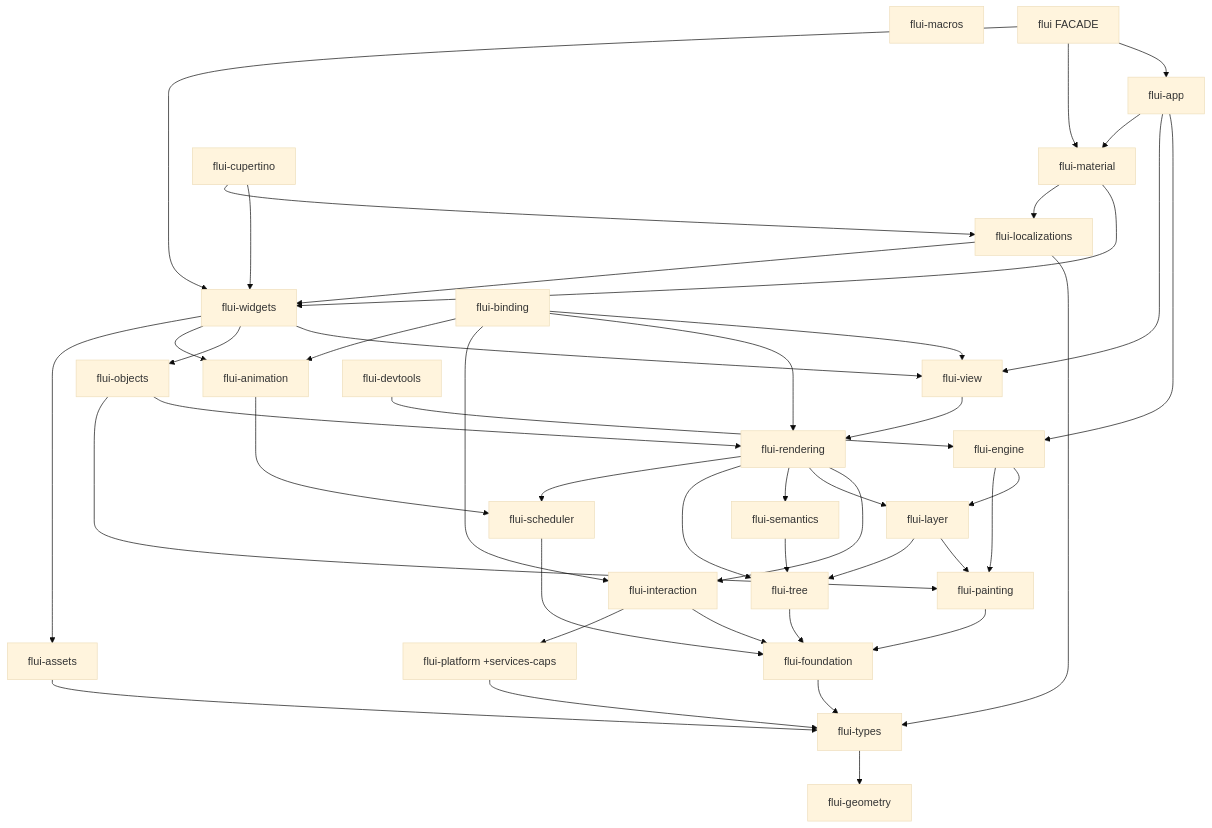
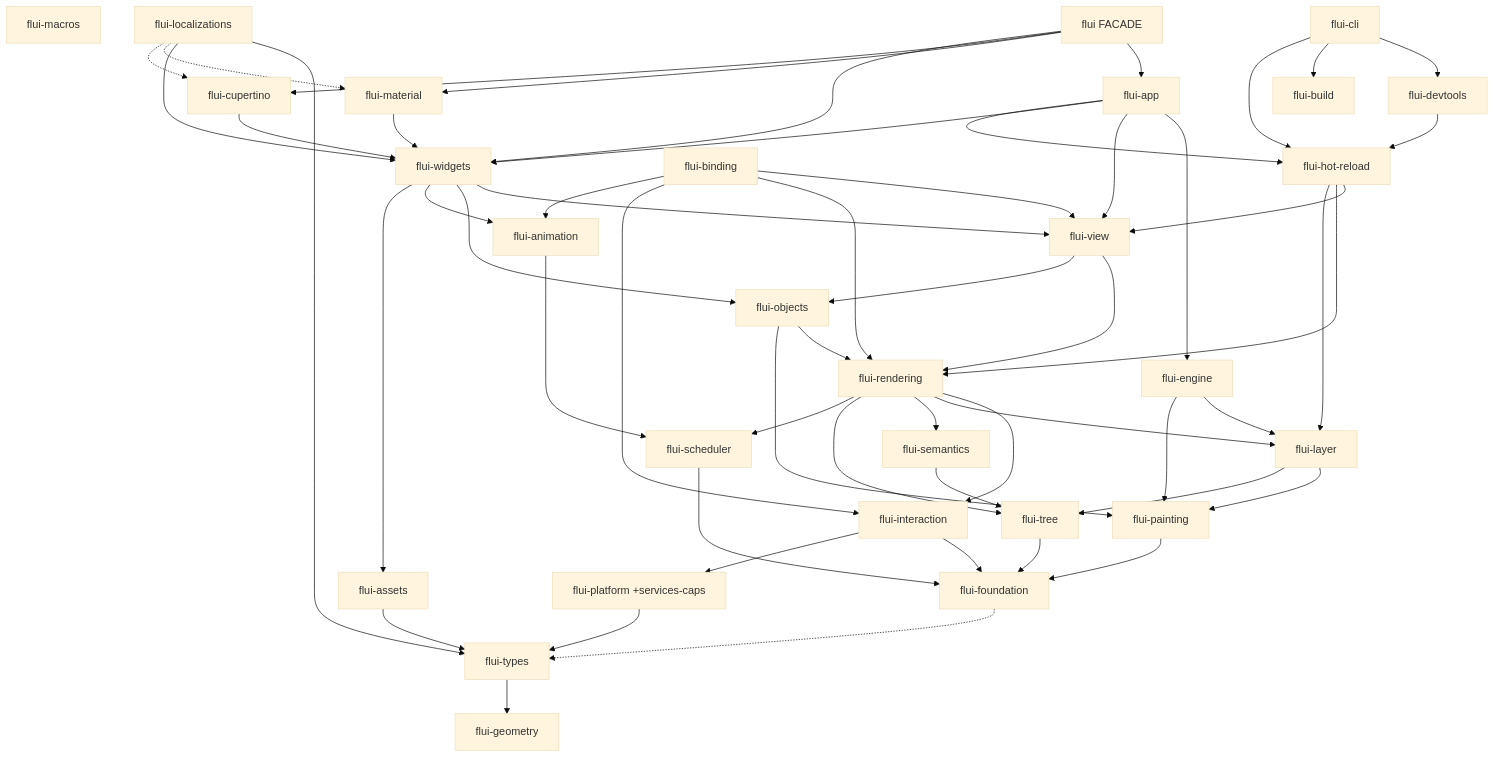
Before and after one commit to vanyastaff/flui: the diagram in docs/FOUNDATIONS.md, drawn with Mermaid (base theme). The commit also changed other lines of this file and 11 other files, not shown here.

````diff
--- a/docs/FOUNDATIONS.md
+++ b/docs/FOUNDATIONS.md
@@ -178,6 +181,9 @@
     objects[flui-objects]
     view[flui-view]
     devtools[flui-devtools]
+    cli[flui-cli]
+    build[flui-build]
+    hotreload[flui-hot-reload]
     widgets[flui-widgets]
     binding[flui-binding]
     l10n[flui-localizations]
@@ -187,7 +193,7 @@
     facade[flui FACADE]
 
     types --> geometry
-    foundation --> types
+    foundation -.-> types
     tree --> foundation
     platform --> types
     scheduler --> foundation
@@ -209,7 +215,7 @@
     objects --> rendering
     objects --> painting
     view --> rendering
-    devtools --> engine
+    view --> objects
     widgets --> view
     widgets --> objects
     widgets --> animation
@@ -218,16 +224,25 @@
     binding --> rendering
     binding --> interaction
     binding --> animation
+    hotreload --> view
+    hotreload --> rendering
+    hotreload --> layer
+    material --> widgets
+    cupertino --> widgets
     l10n --> types
     l10n --> widgets
-    material --> widgets
-    material --> l10n
-    cupertino --> widgets
-    cupertino --> l10n
+    l10n -.-> material
+    l10n -.-> cupertino
     app --> engine
     app --> view
-    app --> material
+    app --> widgets
+    app --> hotreload
+    devtools --> hotreload
+    cli --> devtools
+    cli --> build
+    cli --> hotreload
     facade --> app
     facade --> material
+    facade --> cupertino
     facade --> widgets
 ```
````
